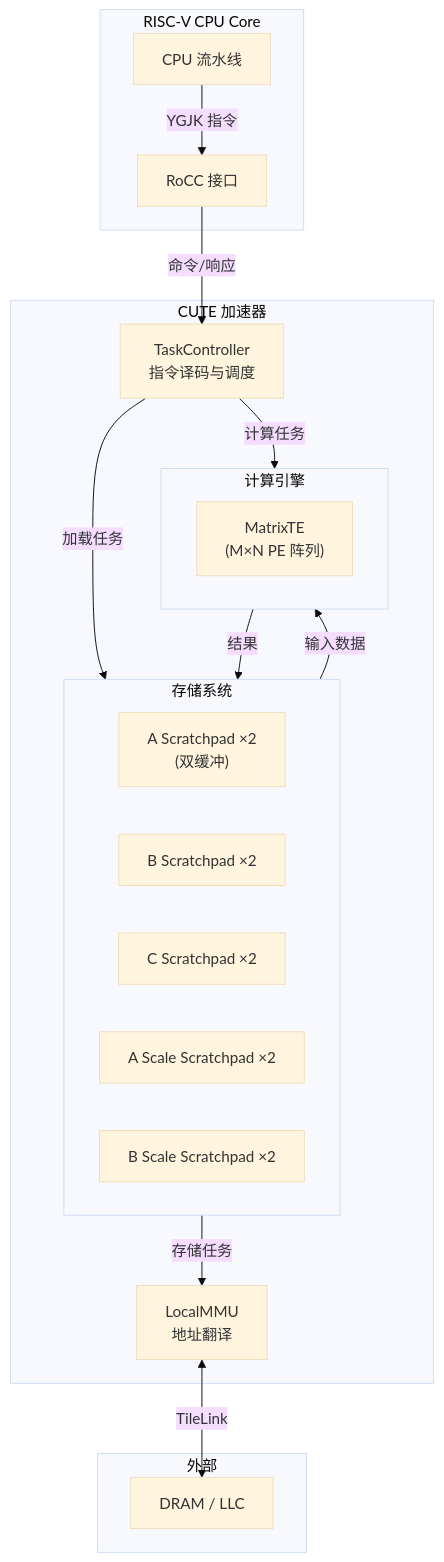
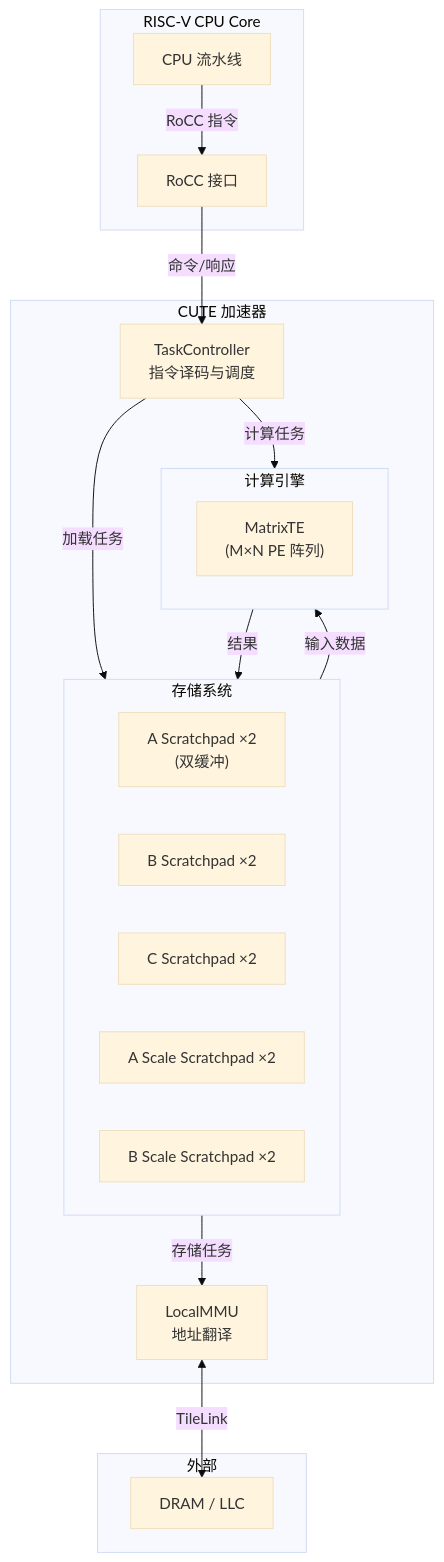
One commit to OpenCUTE/CUTE-Design-Doc changed the first of 2 diagrams in docs/overview/architecture-overview.md. Above: the diagram before and after it, drawn with Mermaid (base theme). The commit also changed other lines of this file and 33 other files, not shown here.

````diff
--- a/docs/overview/architecture-overview.md
+++ b/docs/overview/architecture-overview.md
@@ -7,37 +7,37 @@
 ```mermaid
 graph TB
     subgraph CPU["RISC-V CPU Core"]
         CORE["CPU 流水线"]
         ROCC["RoCC 接口"]
     end
 
     subgraph CUTE_ACC["CUTE 加速器"]
         TC["TaskController<br/>指令译码与调度"]
         MMU["LocalMMU<br/>地址翻译"]
 
         subgraph MEM["存储系统"]
             ASP["A Scratchpad ×2<br/>(双缓冲)"]
             BSP["B Scratchpad ×2"]
             CSP["C Scratchpad ×2"]
             ASSP["A Scale Scratchpad ×2"]
             BSSP["B Scale Scratchpad ×2"]
         end
 
         subgraph COMP["计算引擎"]
             MTE["MatrixTE<br/>(M×N PE 阵列)"]
         end
     end
 
     subgraph EXT["外部"]
         DRAM["DRAM / LLC"]
     end
 
-    CORE -->|YGJK 指令| ROCC
+    CORE -->|RoCC 指令| ROCC
     ROCC -->|命令/响应| TC
     TC -->|加载任务| MEM
     TC -->|计算任务| COMP
     MMU <-->|TileLink| DRAM
     MEM -->|输入数据| COMP
     COMP -->|结果| MEM
     MEM -->|存储任务| MMU
 ```
````
